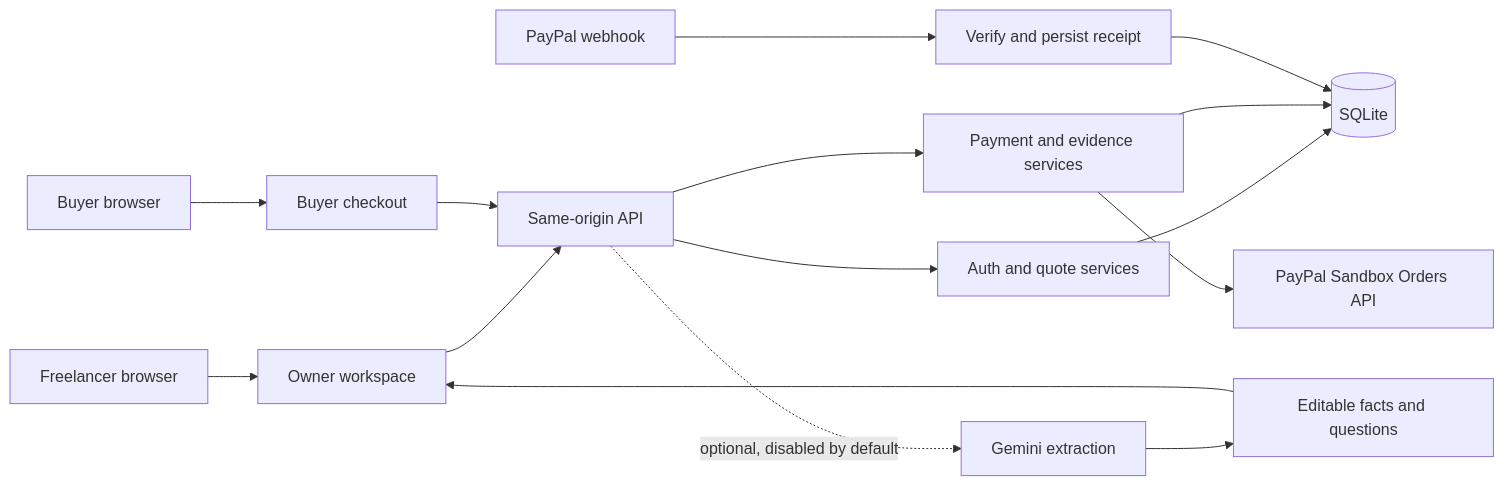
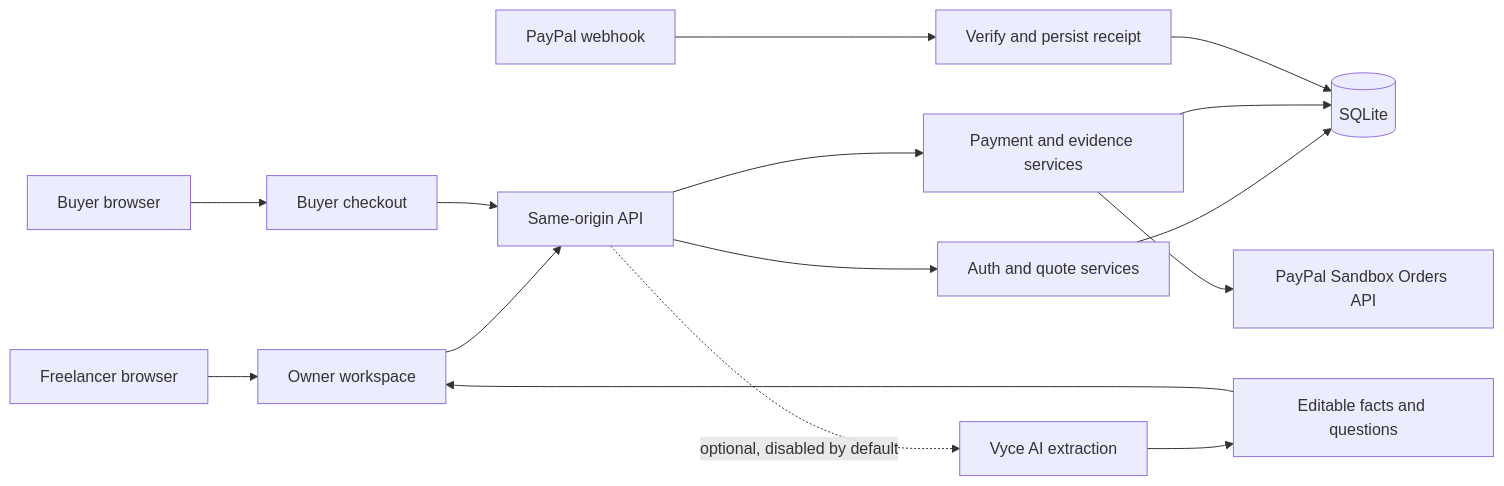
The diagram in README.md (nikolas-sapa/scope-to-deposit-paypal-ai-2026), drawn with Mermaid before and after one commit. The commit also changed other lines of this file and 14 other files, not shown here.

Commit message:
feat: switch scope extraction to Vyce AI

````diff
--- a/README.md
+++ b/README.md
@@ -48,17 +48,17 @@
 ```mermaid
 flowchart LR
   F[Freelancer browser] --> U[Owner workspace]
   B[Buyer browser] --> P[Buyer checkout]
   U --> A[Same-origin API]
   P --> A
   A --> S[Auth and quote services]
   A --> E[Payment and evidence services]
   S --> D[(SQLite)]
   E --> D
   E --> PP[PayPal Sandbox Orders API]
   WH[PayPal webhook] --> V[Verify and persist receipt]
   V --> D
-  A -. optional, disabled by default .-> G[Gemini extraction]
+  A -. optional, disabled by default .-> G[Vyce AI extraction]
   G --> R[Editable facts and questions]
   R --> U
 ```
````
